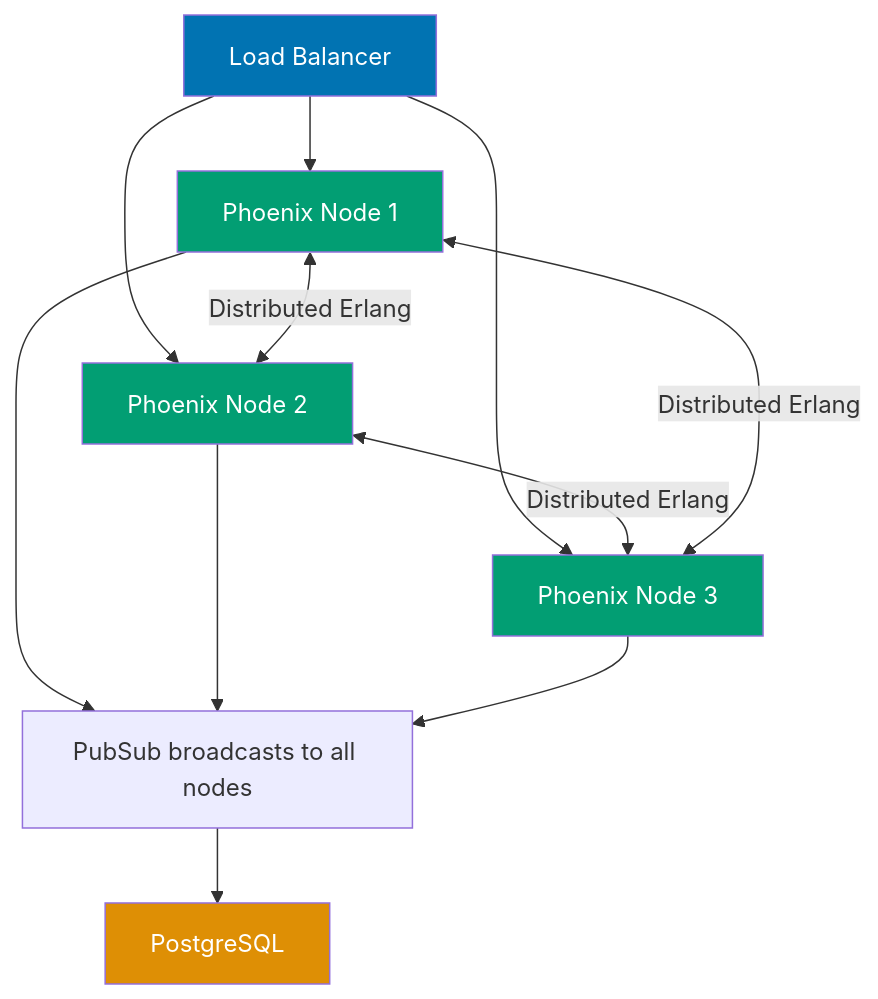
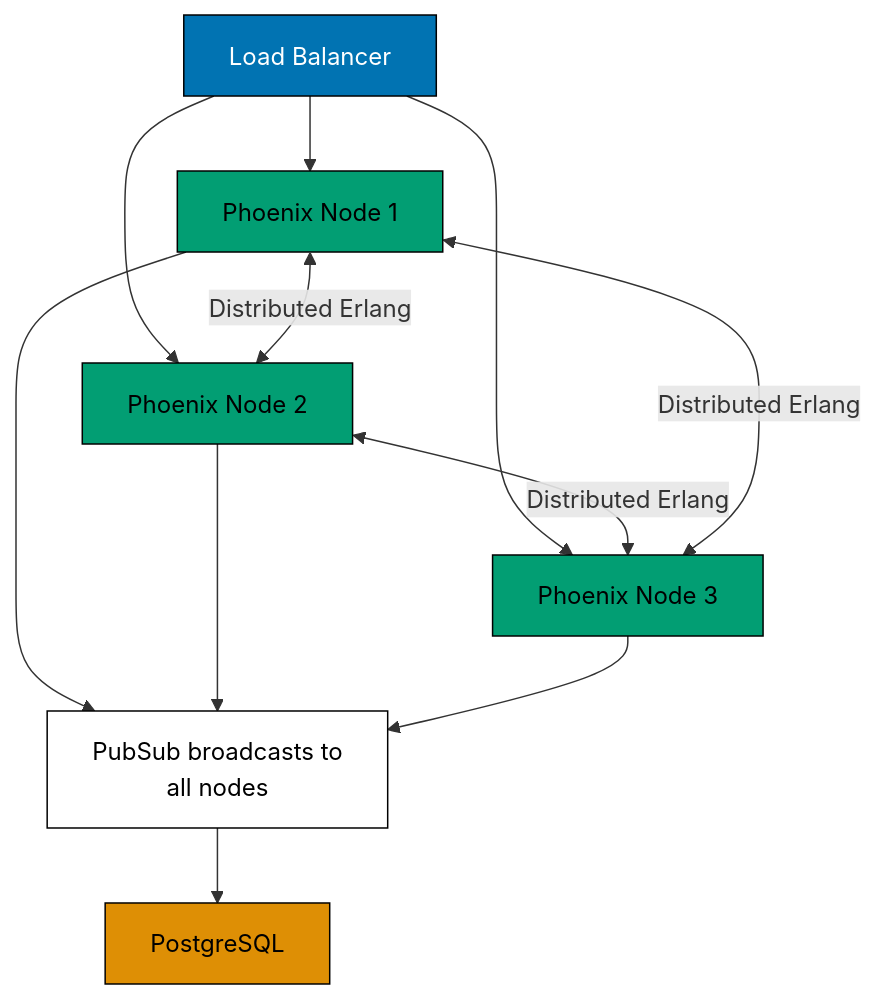
Before and after one commit to wahidyankf/ose-public: the ninth of 10 diagrams in apps/ayokoding-www/content/en/learn/legacy/software-engineering/platforms/web/tools/elixir-phoenix/by-example/advanced.md, drawn with Mermaid. The commit also changed other lines of this file and 130 other files, not shown here.

First line of the commit message:
fix(mermaid): bring the legacy platforms diagrams onto the accessible palette

````diff
--- a/apps/ayokoding-www/content/en/learn/legacy/software-engineering/platforms/web/tools/elixir-phoenix/by-example/advanced.md
+++ b/apps/ayokoding-www/content/en/learn/legacy/software-engineering/platforms/web/tools/elixir-phoenix/by-example/advanced.md
@@ -1573,23 +1617,29 @@
 ```mermaid
 %% Distributed Phoenix cluster
 graph TD
+    accTitle: Example 68: Distributed Phoenix Clustering
+    accDescr: Graph with 6 nodes and 10 connections. Nodes: Load Balancer, Phoenix Node 1, Phoenix Node 2, Phoenix Node 3, PubSub broadcasts to all nodes, PostgreSQL. Connections: Load Balancer to Phoenix Node 1, Load Balancer to Phoenix Node 2, Load Balancer to Phoenix Node 3, Phoenix Node 1 to Phoenix Node 2 (Distributed Erlang), Phoenix Node 2 to Phoenix Node 3 (Distributed Erlang), Phoenix Node 1 to Phoenix Node 3 (Distributed Erlang), Phoenix Node 1 to PubSub broadcasts to all nodes, Phoenix Node 2 to PubSub broadcasts to all nodes, Phoenix Node 3 to PubSub broadcasts to all nodes, PubSub broadcasts to all nodes to PostgreSQL.
     A[Load Balancer] --> B[Phoenix Node 1]
     A --> C[Phoenix Node 2]
     A --> D[Phoenix Node 3]
 
     B <-->|Distributed Erlang| C
     C <-->|Distributed Erlang| D
     B <-->|Distributed Erlang| D
 
-    B --> E[PubSub broadcasts to all nodes]
+    B --> E[PubSub broadcasts to<br/>all nodes]
     C --> E
     D --> E
 
     E --> F[PostgreSQL]
 
-    style A fill:#0173B2,color:#fff
-    style B fill:#029E73,color:#fff
-    style C fill:#029E73,color:#fff
-    style D fill:#029E73,color:#fff
-    style F fill:#DE8F05,color:#fff
+    classDef pal-0173B2 fill:#0173B2,stroke:#000000,color:#FFFFFF
+    class A pal-0173B2
+    classDef pal-029E73 fill:#029E73,stroke:#000000,color:#000000
+    class B pal-029E73
+    class C pal-029E73
+    class D pal-029E73
+    classDef pal-DE8F05 fill:#DE8F05,stroke:#000000,color:#000000
+    class F pal-DE8F05
+    classDef default fill:#FFFFFF,stroke:#000000,color:#000000
 ```
````
